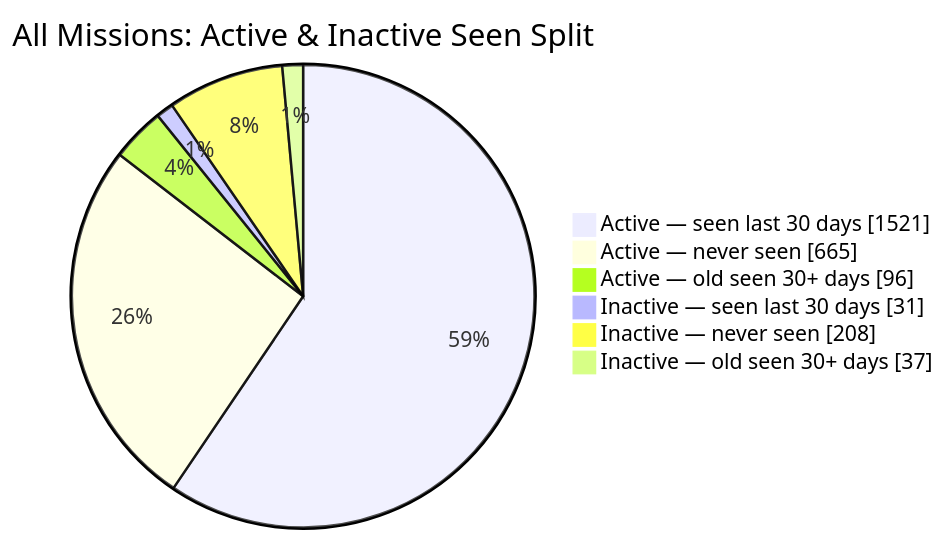
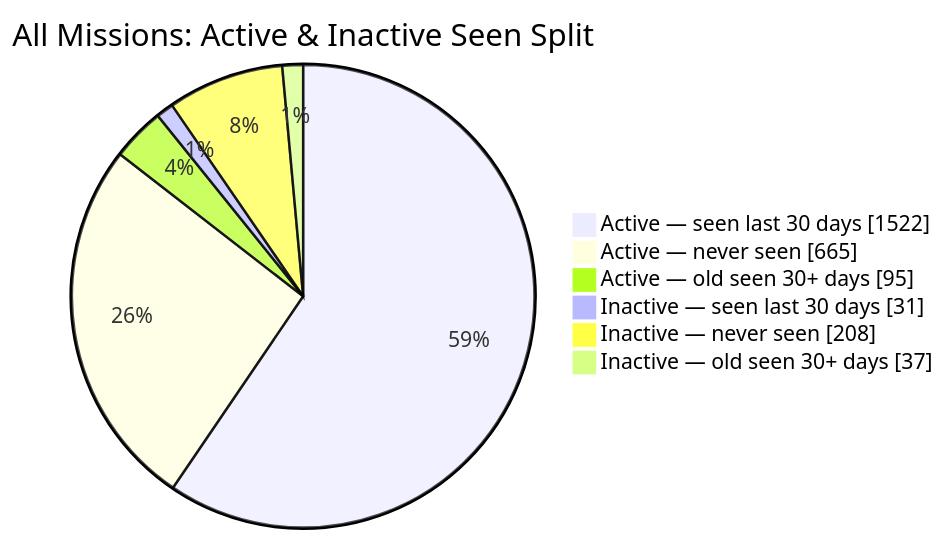
The second of 2 diagrams in README.md (MeldkamerspelGameTeam/active-missions), drawn with Mermaid before and after one commit. The commit also changed other lines of this file and 2 other files, not shown here.

````diff
--- a/README.md
+++ b/README.md
@@ -44,10 +44,10 @@
 ```mermaid
 pie showData
     title All Missions: Active & Inactive Seen Split
-    "Active — seen last 30 days" : 1521
+    "Active — seen last 30 days" : 1522
     "Active — never seen" : 665
-    "Active — old seen 30+ days" : 96
+    "Active — old seen 30+ days" : 95
     "Inactive — seen last 30 days" : 31
     "Inactive — never seen" : 208
     "Inactive — old seen 30+ days" : 37
 ```
````
